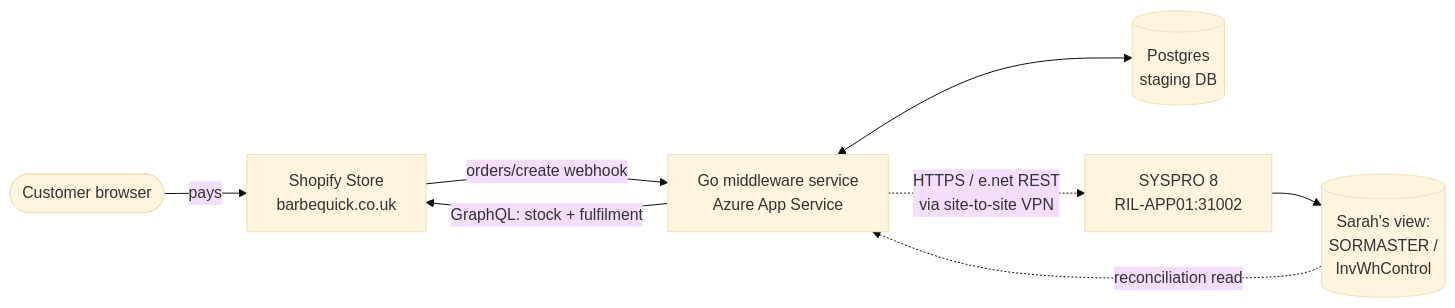
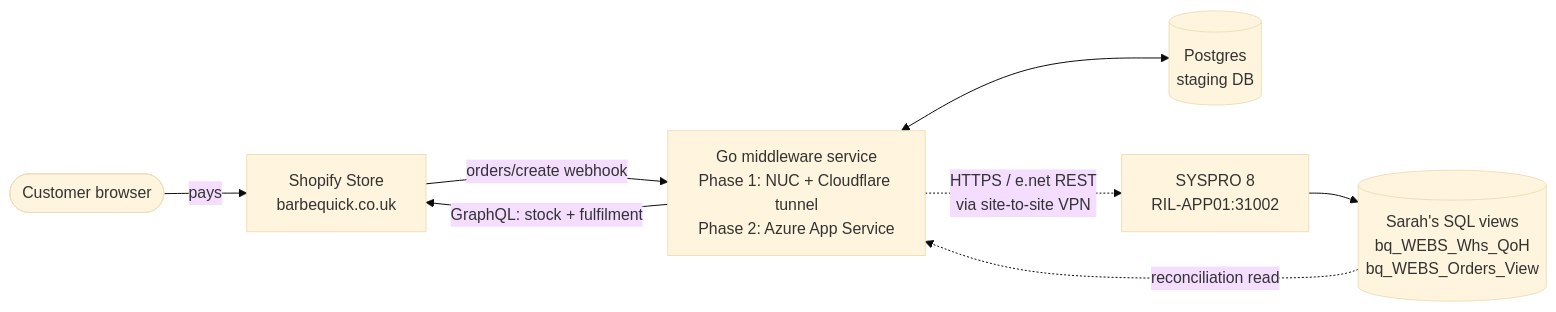
One commit to trismegistus0/rectella-shopify-service changed the first of 4 diagrams in docs/handover.md. Above: the diagram before and after it, drawn with Mermaid (base theme). The commit also changed other lines of this file and 1 other file, not shown here.

````diff
--- a/docs/handover.md
+++ b/docs/handover.md
@@ -26,14 +30,14 @@
 ```mermaid
 flowchart LR
     Customer([Customer browser]) -->|pays| Shopify[Shopify Store<br/>barbequick.co.uk]
 
     Shopify -->|orders/create webhook| Service
     Service -->|GraphQL: stock + fulfilment| Shopify
 
-    Service[Go middleware service<br/>Azure App Service] <--> Postgres[(Postgres<br/>staging DB)]
+    Service[Go middleware service<br/>Phase 1: NUC + Cloudflare tunnel<br/>Phase 2: Azure App Service] <--> Postgres[(Postgres<br/>staging DB)]
 
     Service -.->|HTTPS / e.net REST<br/>via site-to-site VPN| SYSPRO[SYSPRO 8<br/>RIL-APP01:31002]
 
-    SYSPRO --> Sarah[(Sarah's view:<br/>SORMASTER /<br/>InvWhControl)]
+    SYSPRO --> Sarah[(Sarah's SQL views<br/>bq_WEBS_Whs_QoH<br/>bq_WEBS_Orders_View)]
     Sarah -.->|reconciliation read| Service
 ```
````
